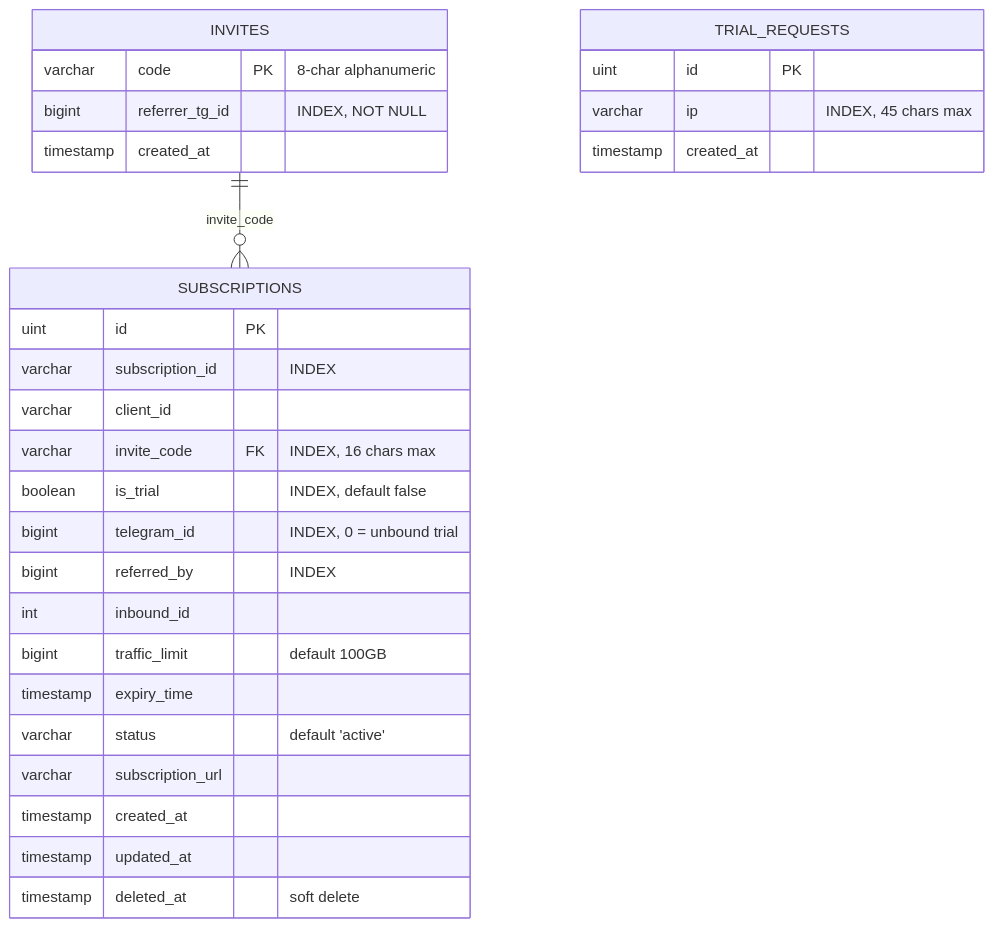
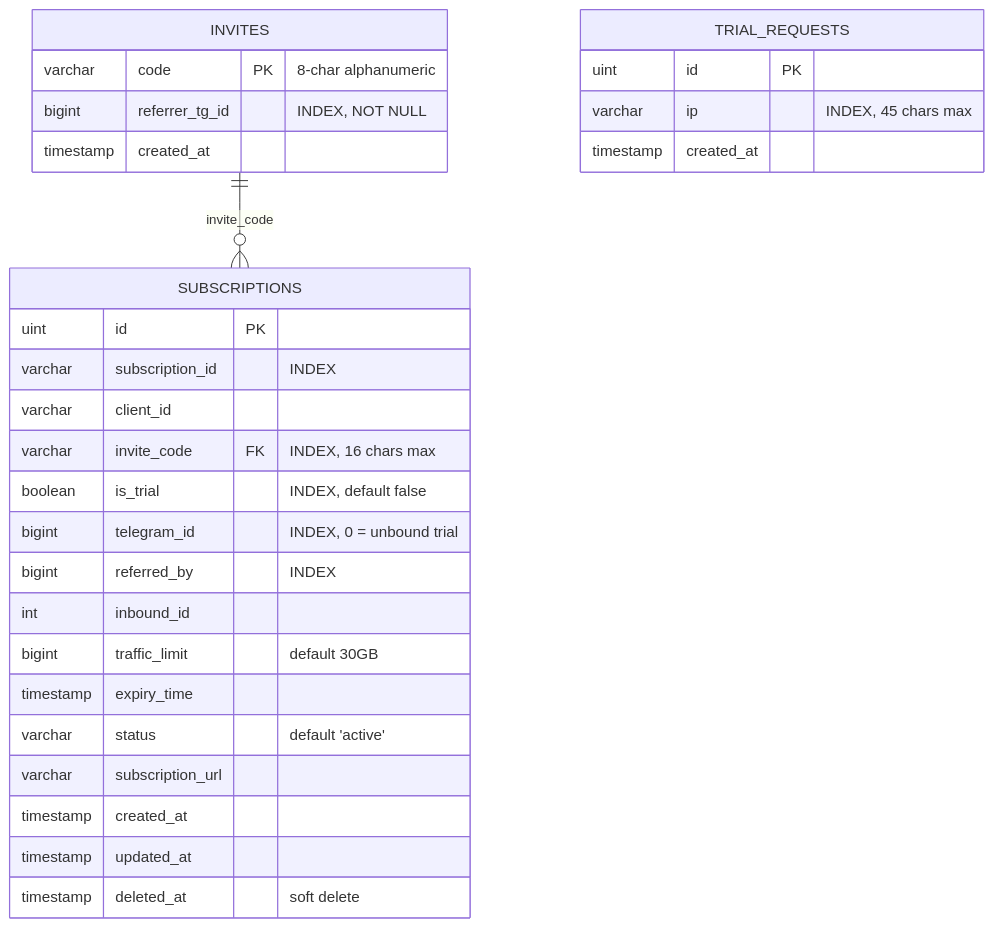
Before and after one commit to kereal/rs8kvn_bot: the second of 3 diagrams in doc/share-and-referral.md, drawn with Mermaid. The commit also changed other lines of this file and 4 other files, not shown here.

First line of the commit message:
feat: change default traffic limit from 100GB to 30GB for regular subscriptions

````diff
--- a/doc/share-and-referral.md
+++ b/doc/share-and-referral.md
@@ -109,35 +109,35 @@
 ```mermaid
 erDiagram
 
 INVITES {
     varchar code PK "8-char alphanumeric"
     bigint referrer_tg_id "INDEX, NOT NULL"
     timestamp created_at
 }
 
 SUBSCRIPTIONS {
     uint id PK
     varchar subscription_id "INDEX"
     varchar client_id
     varchar invite_code FK "INDEX, 16 chars max"
     boolean is_trial "INDEX, default false"
     bigint telegram_id "INDEX, 0 = unbound trial"
     bigint referred_by "INDEX"
     int inbound_id
-    bigint traffic_limit "default 100GB"
+    bigint traffic_limit "default 30GB"
     timestamp expiry_time
     varchar status "default 'active'"
     varchar subscription_url
     timestamp created_at
     timestamp updated_at
     timestamp deleted_at "soft delete"
 }
 
 TRIAL_REQUESTS {
     uint id PK
     varchar ip "INDEX, 45 chars max"
     timestamp created_at
 }
 
 INVITES ||--o{ SUBSCRIPTIONS : "invite_code"
 ```
````
